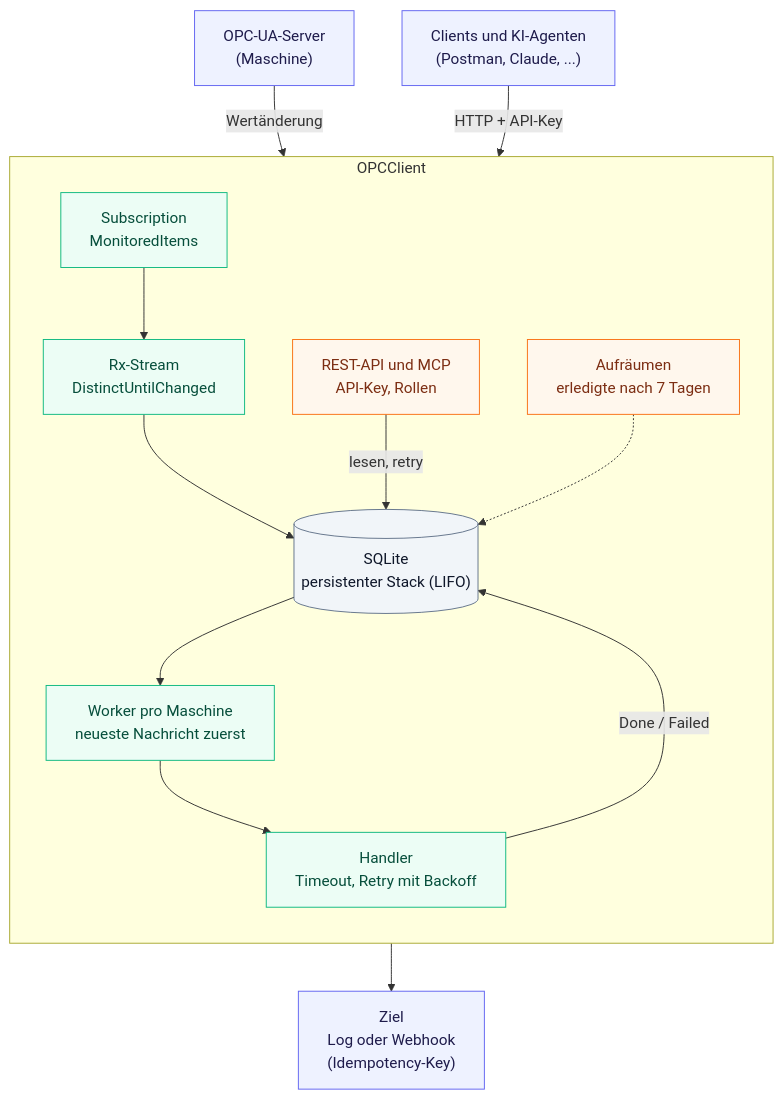
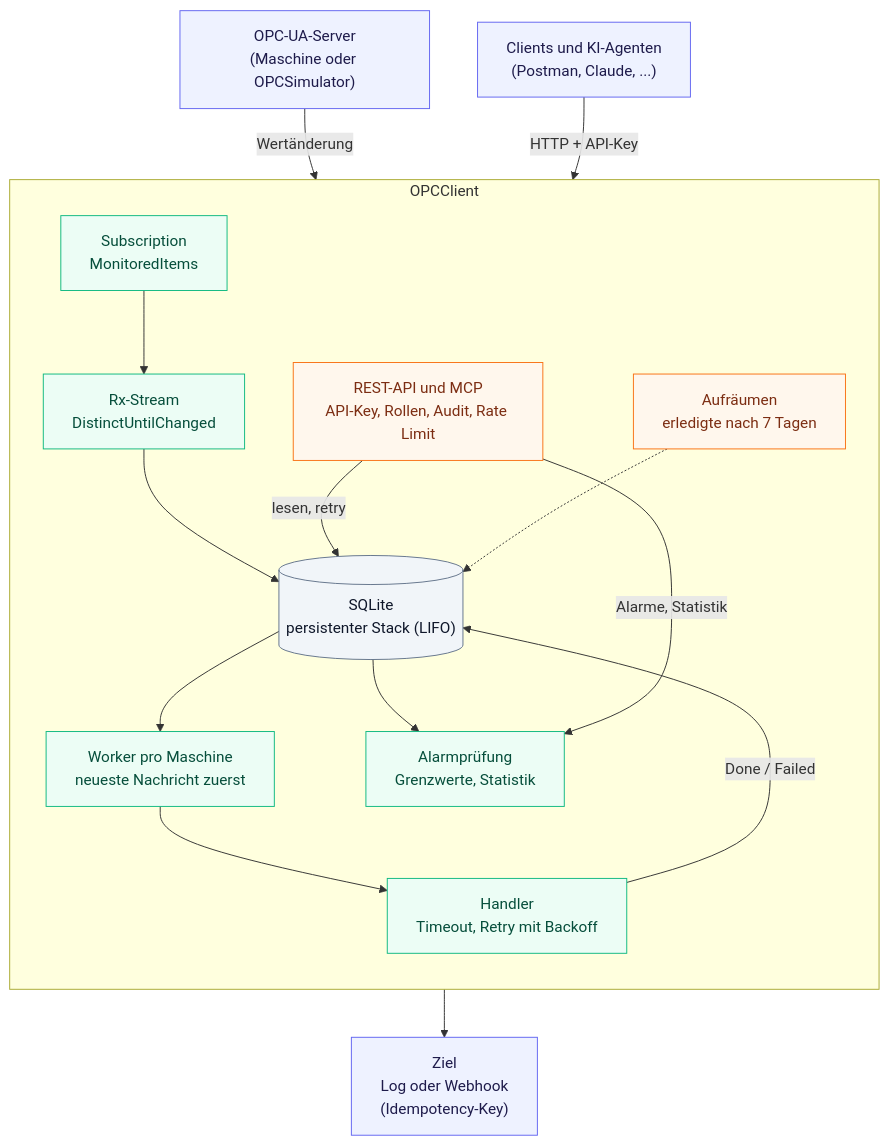
Before and after one commit to vompa/OPCSample: the diagram in README.md, drawn with Mermaid. The commit also changed other lines of this file, not shown here.

Commit message:
docs: README auf .NET 10, Simulator, Alarme, Statistik, Audit und Rate Limit gebracht

````diff
--- a/README.md
+++ b/README.md
@@ -59,34 +68,37 @@
 ```mermaid
 flowchart TB
-    server["OPC-UA-Server<br/>(Maschine)"]
+    server["OPC-UA-Server<br/>(Maschine oder OPCSimulator)"]
     agent["Clients und KI-Agenten<br/>(Postman, Claude, ...)"]
     sink["Ziel<br/>Log oder Webhook<br/>(Idempotency-Key)"]
 
     subgraph client["OPCClient"]
         direction TB
         sub["Subscription<br/>MonitoredItems"]
         rx["Rx-Stream<br/>DistinctUntilChanged"]
         store[("SQLite<br/>persistenter Stack (LIFO)")]
         worker["Worker pro Maschine<br/>neueste Nachricht zuerst"]
         handler["Handler<br/>Timeout, Retry mit Backoff"]
-        api["REST-API und MCP<br/>API-Key, Rollen"]
+        api["REST-API und MCP<br/>API-Key, Rollen, Audit, Rate Limit"]
+        alarm["Alarmprüfung<br/>Grenzwerte, Statistik"]
         keep["Aufräumen<br/>erledigte nach 7 Tagen"]
         sub --> rx --> store --> worker --> handler
         handler -- "Done / Failed" --> store
         api -- "lesen, retry" --> store
+        store --> alarm
+        api -- "Alarme, Statistik" --> alarm
         keep -.-> store
     end
 
     server -- "Wertänderung" --> sub
     handler --> sink
     agent -- "HTTP + API-Key" --> api
 
     classDef ext fill:#eef2ff,stroke:#6366f1,color:#1e1b4b
     classDef flow fill:#ecfdf5,stroke:#10b981,color:#064e3b
     classDef security fill:#fff7ed,stroke:#f97316,color:#7c2d12
     classDef data fill:#f1f5f9,stroke:#64748b,color:#0f172a
     class server,agent,sink ext
-    class sub,rx,worker,handler flow
+    class sub,rx,worker,handler,alarm flow
     class api,keep security
     class store data
 ```
````
